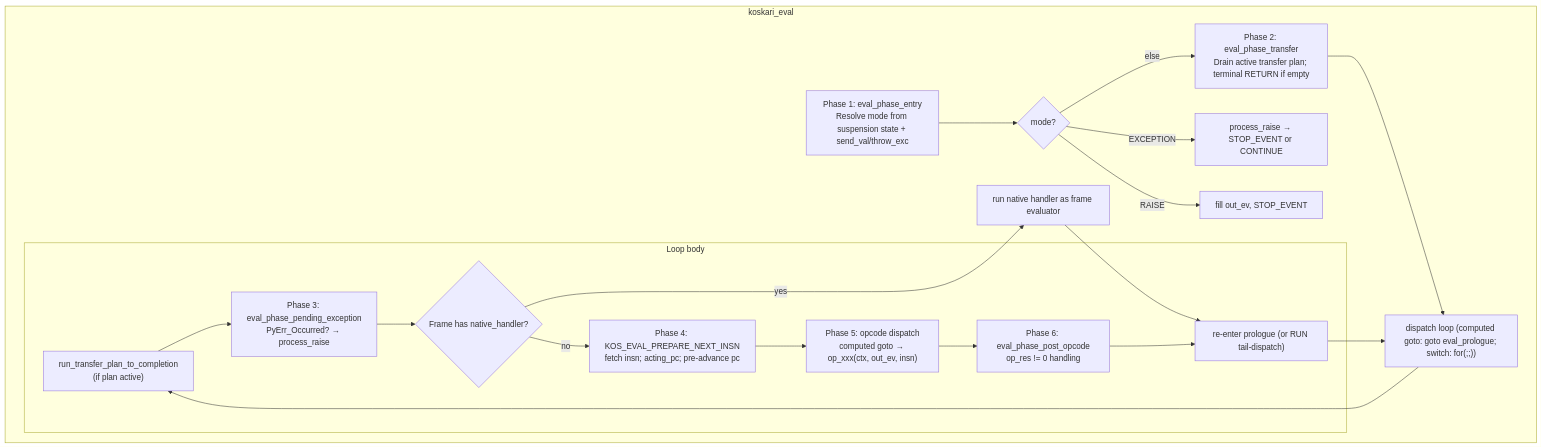
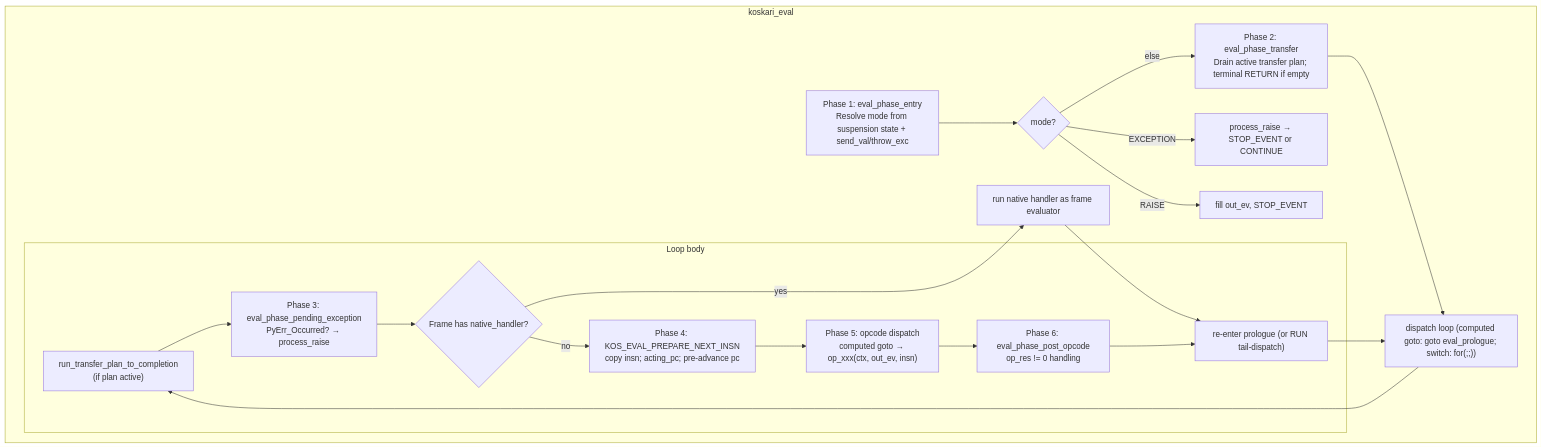
Before and after one commit to koskari-lang/koskari: the first of 10 diagrams in design/EVALUATOR.md, drawn with Mermaid. The commit also changed other lines of this file and 3 other files, not shown here.

First line of the commit message:
Hold current KosOp by value in eval dispatch

````diff
--- a/design/EVALUATOR.md
+++ b/design/EVALUATOR.md
@@ -26,31 +26,31 @@
 ```mermaid
 flowchart TD
     subgraph koskari_eval["koskari_eval"]
         P1["Phase 1: eval_phase_entry<br/>Resolve mode from suspension state + send_val/throw_exc"]
         mode_check{"mode?"}
         P2["Phase 2: eval_phase_transfer<br/>Drain active transfer plan; terminal RETURN if empty"]
         loop_start["dispatch loop (computed goto: goto eval_prologue; switch: for(;;))"]
 
         subgraph loop["Loop body"]
             Xfer["run_transfer_plan_to_completion<br/>(if plan active)"]
             P3["Phase 3: eval_phase_pending_exception<br/>PyErr_Occurred? → process_raise"]
             Native{"Frame has native_handler?"}
-            P4["Phase 4: KOS_EVAL_PREPARE_NEXT_INSN<br>fetch insn; acting_pc; pre-advance pc"]
+            P4["Phase 4: KOS_EVAL_PREPARE_NEXT_INSN<br>copy insn; acting_pc; pre-advance pc"]
             P5["Phase 5: opcode dispatch<br/>computed goto → op_xxx(ctx, out_ev, insn)"]
             P6["Phase 6: eval_phase_post_opcode<br>op_res != 0 handling"]
             next["re-enter prologue (or RUN tail-dispatch)"]
         end
 
         P1 --> mode_check
         mode_check -->|"EXCEPTION"| process_raise_1["process_raise → STOP_EVENT or CONTINUE"]
         mode_check -->|"RAISE"| fill_out_ev["fill out_ev, STOP_EVENT"]
         mode_check -->|"else"| P2
         P2 --> loop_start
         loop_start --> Xfer --> P3 --> Native
         Native -->|yes| run_native["run native handler as frame evaluator"]
         Native -->|no| P4
         run_native --> next
         P4 --> P5 --> P6 --> next
         next --> loop_start
     end
 ```
````
